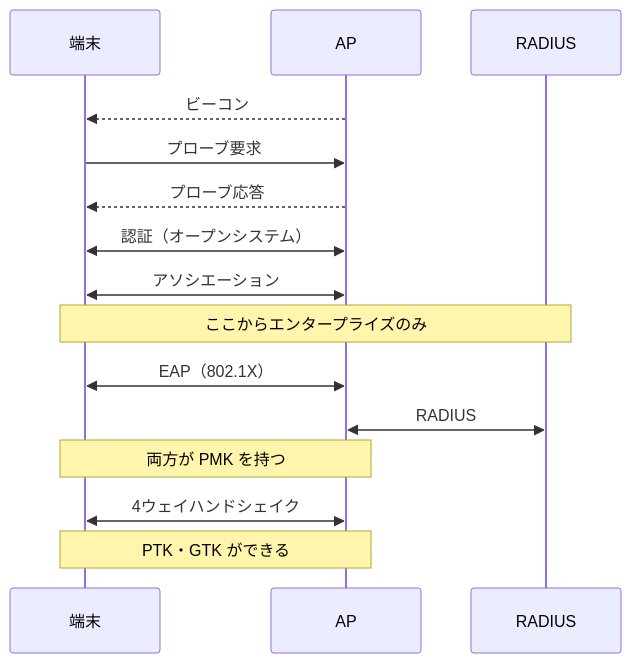
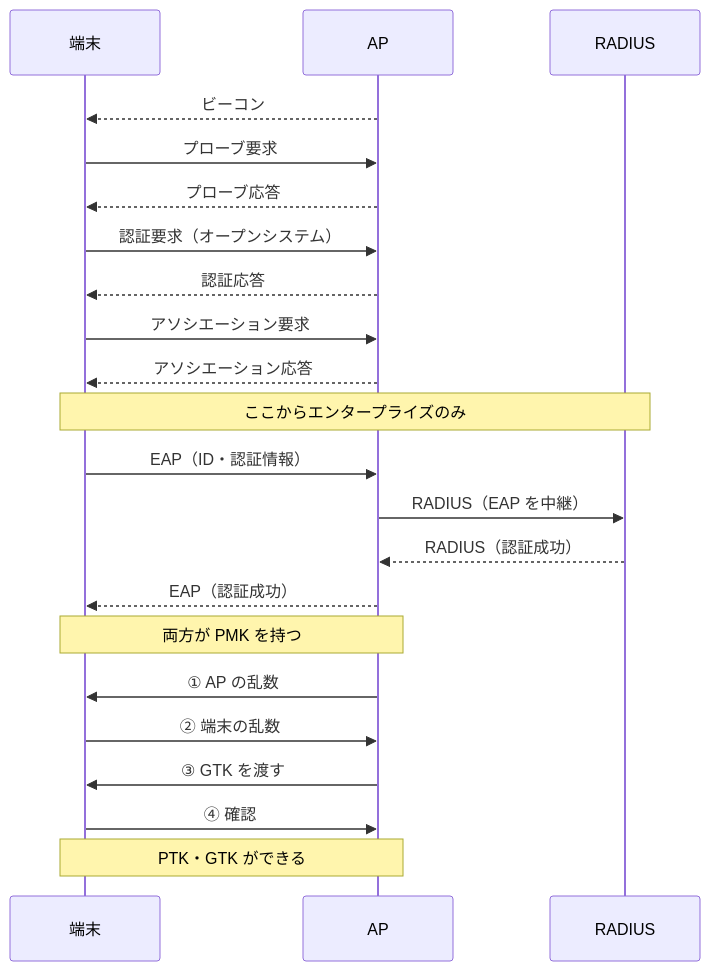
One commit to nnnaanaa/document changed the diagram in network/lan/wifi-cheatsheet.md. Above: the diagram before and after it, drawn with Mermaid. The commit also changed other lines of this file, not shown here.

Commit message:
無線LAN暗記シートの接続の流れの図で、両向きの矢印をすべて要求と応答に分け、4ウェイハンドシェイクの説明を追加

````diff
--- a/network/lan/wifi-cheatsheet.md
+++ b/network/lan/wifi-cheatsheet.md
@@ -87,17 +87,24 @@
 ```mermaid
 sequenceDiagram
   participant T as 端末
   participant AP as AP
   participant R as RADIUS
   AP-->>T: ビーコン
   T->>AP: プローブ要求
   AP-->>T: プローブ応答
-  T<<->>AP: 認証（オープンシステム）
-  T<<->>AP: アソシエーション
+  T->>AP: 認証要求（オープンシステム）
+  AP-->>T: 認証応答
+  T->>AP: アソシエーション要求
+  AP-->>T: アソシエーション応答
   Note over T,R: ここからエンタープライズのみ
-  T<<->>AP: EAP（802.1X）
-  AP<<->>R: RADIUS
+  T->>AP: EAP（ID・認証情報）
+  AP->>R: RADIUS（EAP を中継）
+  R-->>AP: RADIUS（認証成功）
+  AP-->>T: EAP（認証成功）
   Note over T,AP: 両方が PMK を持つ
-  T<<->>AP: 4ウェイハンドシェイク
+  AP->>T: ① AP の乱数
+  T->>AP: ② 端末の乱数
+  AP->>T: ③ GTK を渡す
+  T->>AP: ④ 確認
   Note over T,AP: PTK・GTK ができる
 ```
````
